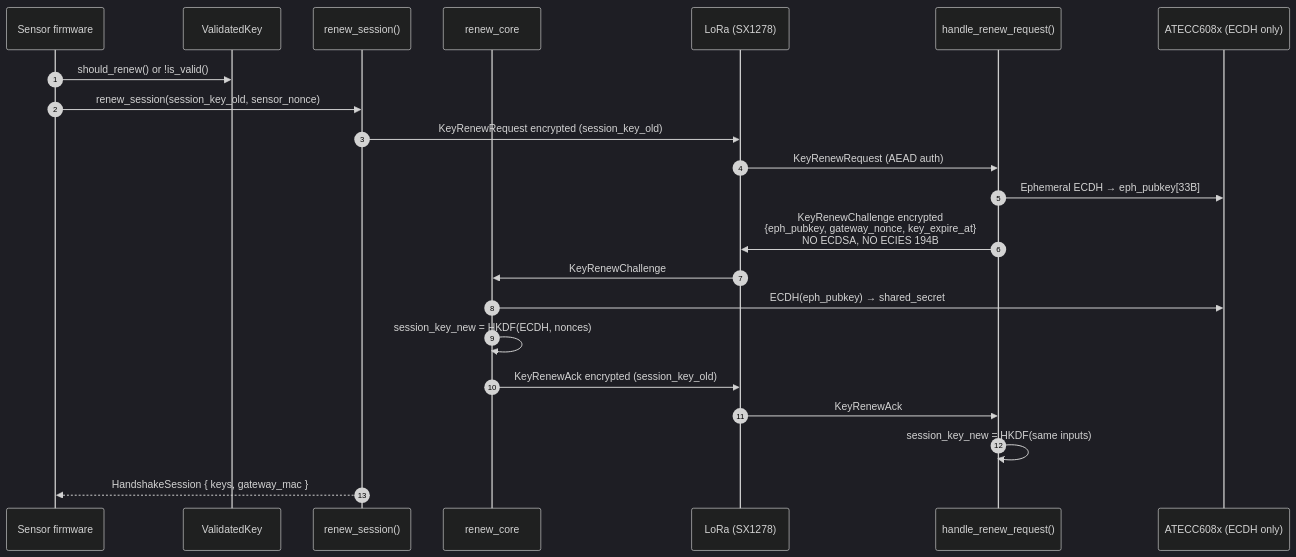
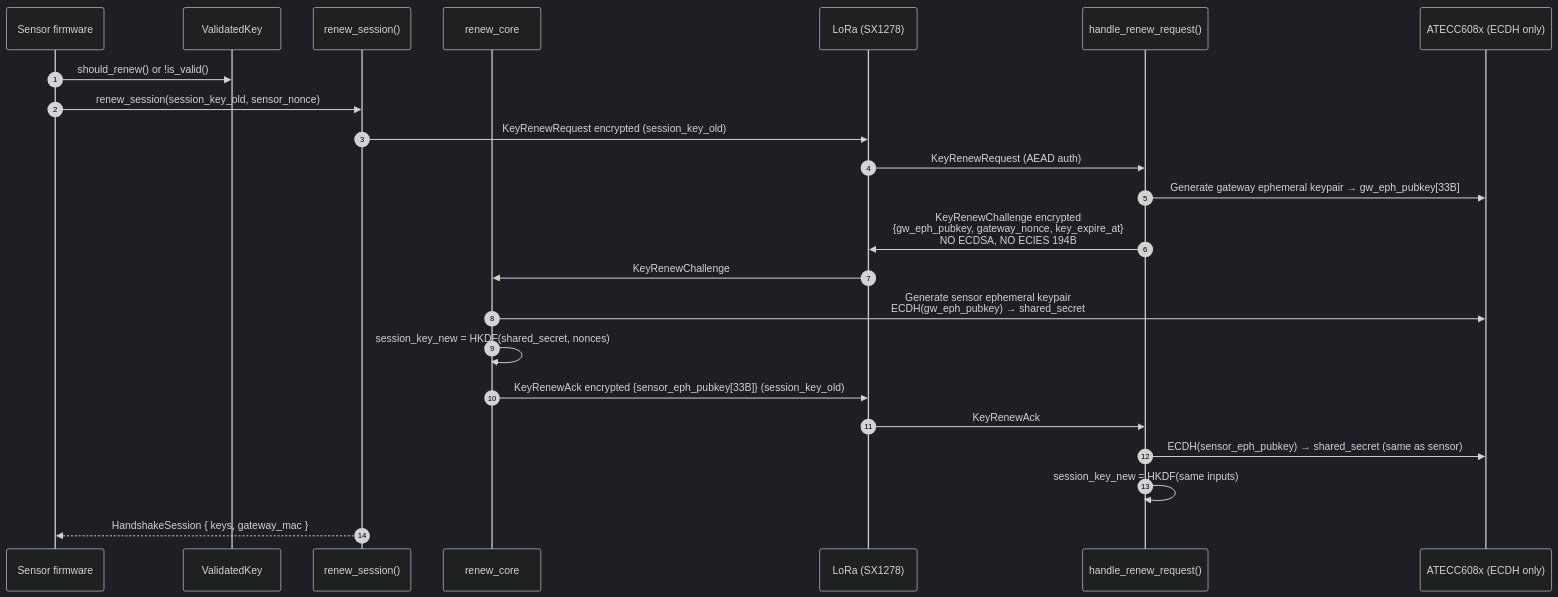
Before and after one commit to bhkfaicel/homeiot-sigil: the diagram in diagramme/renew.mermaid, drawn with Mermaid (dark theme). The commit also changed 36 other files, not shown here.

```diff
--- a/diagramme/renew.mermaid
+++ b/diagramme/renew.mermaid
@@ -1,27 +1,28 @@
 sequenceDiagram
     autonumber
     participant App_S as Sensor firmware
     participant VK as ValidatedKey
     participant RS as renew_session()
     participant RC as renew_core
     participant LoRa as LoRa (SX1278)
     participant GW as handle_renew_request()
     participant HW as ATECC608x (ECDH only)
 
     App_S->>VK: should_renew() or !is_valid()
     App_S->>RS: renew_session(session_key_old, sensor_nonce)
 
     RS->>LoRa: KeyRenewRequest encrypted (session_key_old)
     LoRa->>GW: KeyRenewRequest (AEAD auth)
 
-    GW->>HW: Ephemeral ECDH → eph_pubkey[33B]
-    GW->>LoRa: KeyRenewChallenge encrypted<br/>{eph_pubkey, gateway_nonce, key_expire_at}<br/>NO ECDSA, NO ECIES 194B
+    GW->>HW: Generate gateway ephemeral keypair → gw_eph_pubkey[33B]
+    GW->>LoRa: KeyRenewChallenge encrypted<br/>{gw_eph_pubkey, gateway_nonce, key_expire_at}<br/>NO ECDSA, NO ECIES 194B
     LoRa->>RC: KeyRenewChallenge
 
-    RC->>HW: ECDH(eph_pubkey) → shared_secret
-    RC->>RC: session_key_new = HKDF(ECDH, nonces)
-    RC->>LoRa: KeyRenewAck encrypted (session_key_old)
+    RC->>HW: Generate sensor ephemeral keypair<br/>ECDH(gw_eph_pubkey) → shared_secret
+    RC->>RC: session_key_new = HKDF(shared_secret, nonces)
+    RC->>LoRa: KeyRenewAck encrypted {sensor_eph_pubkey[33B]} (session_key_old)
     LoRa->>GW: KeyRenewAck
 
+    GW->>HW: ECDH(sensor_eph_pubkey) → shared_secret (same as sensor)
     GW->>GW: session_key_new = HKDF(same inputs)
     RS-->>App_S: HandshakeSession { keys, gateway_mac }
```
